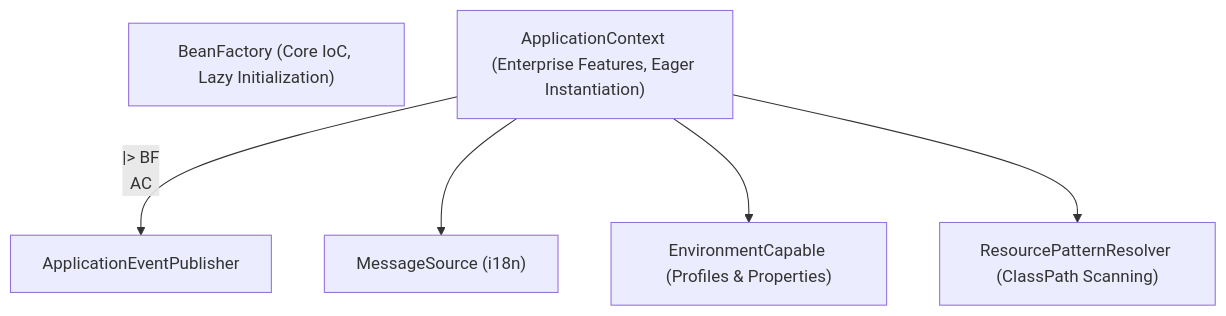
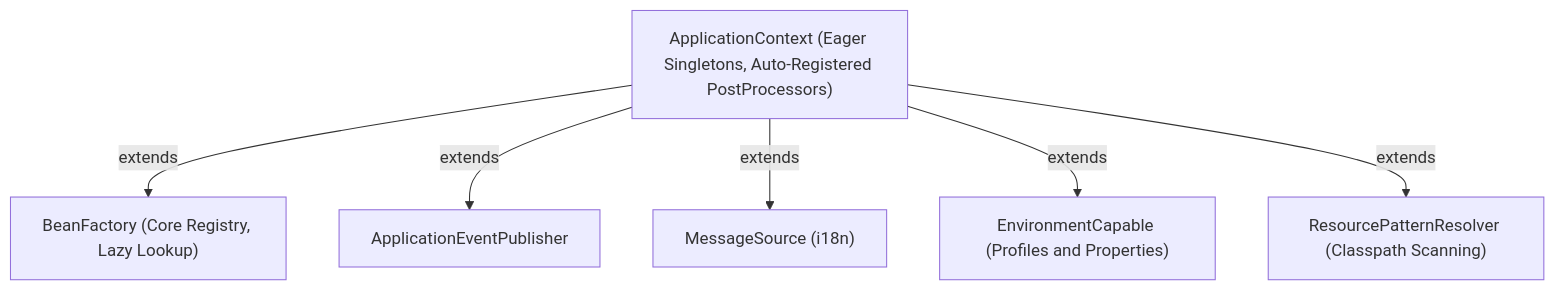
Before and after one commit to ravishankar2463/java_hub: the second of 3 diagrams in content/roadmap/level-8/spring-core-internals.md, drawn with Mermaid. The commit also changed other lines of this file and 119 other files, not shown here.

Commit message:
feat: add comprehensive java learning roadmap content across multiple levels

````diff
--- a/content/roadmap/level-8/spring-core-internals.md
+++ b/content/roadmap/level-8/spring-core-internals.md
@@ -131,11 +148,15 @@
 ```mermaid
 flowchart TD
-    BF["BeanFactory (Core IoC, Lazy Initialization)"]
-    AC["ApplicationContext (Enterprise Features, Eager Instantiation)"]
-    
-    AC --|> BF
-    AC --> Events["ApplicationEventPublisher"]
-    AC --> Messages["MessageSource (i18n)"]
-    AC --> Env["EnvironmentCapable (Profiles & Properties)"]
-    AC --> Resource["ResourcePatternResolver (ClassPath Scanning)"]
+    AC["ApplicationContext (Eager Singletons, Auto-Registered PostProcessors)"]
+    BF["BeanFactory (Core Registry, Lazy Lookup)"]
+    Events["ApplicationEventPublisher"]
+    Messages["MessageSource (i18n)"]
+    Env["EnvironmentCapable (Profiles and Properties)"]
+    Res["ResourcePatternResolver (Classpath Scanning)"]
+
+    AC -->|"extends"| BF
+    AC -->|"extends"| Events
+    AC -->|"extends"| Messages
+    AC -->|"extends"| Env
+    AC -->|"extends"| Res
 ```
````
